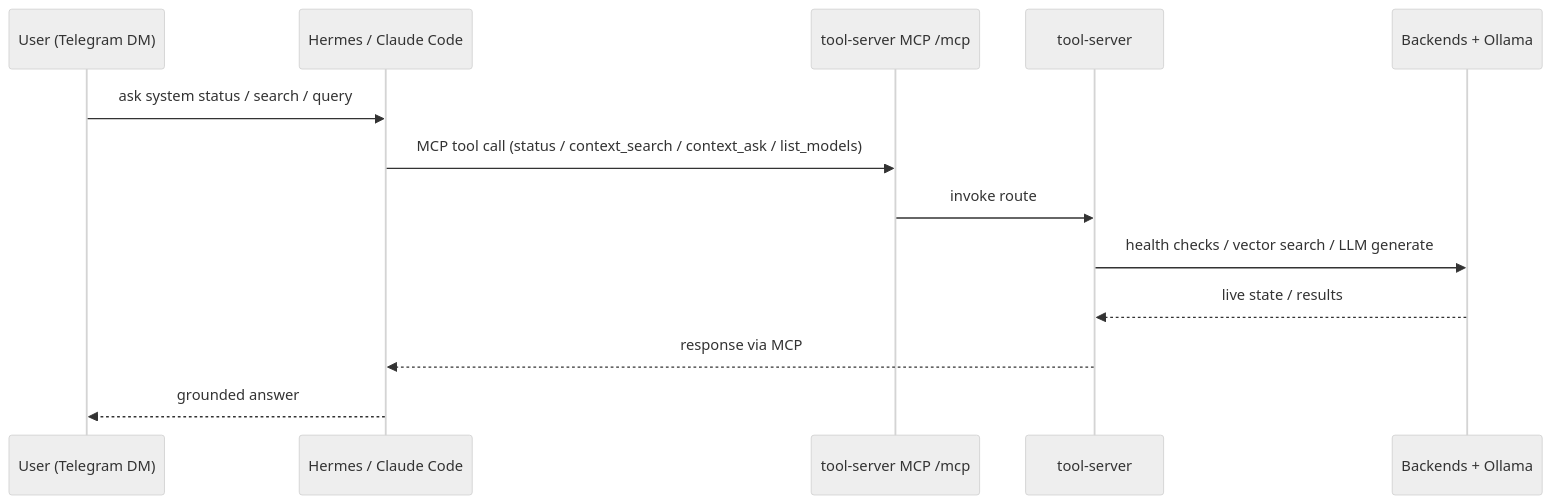
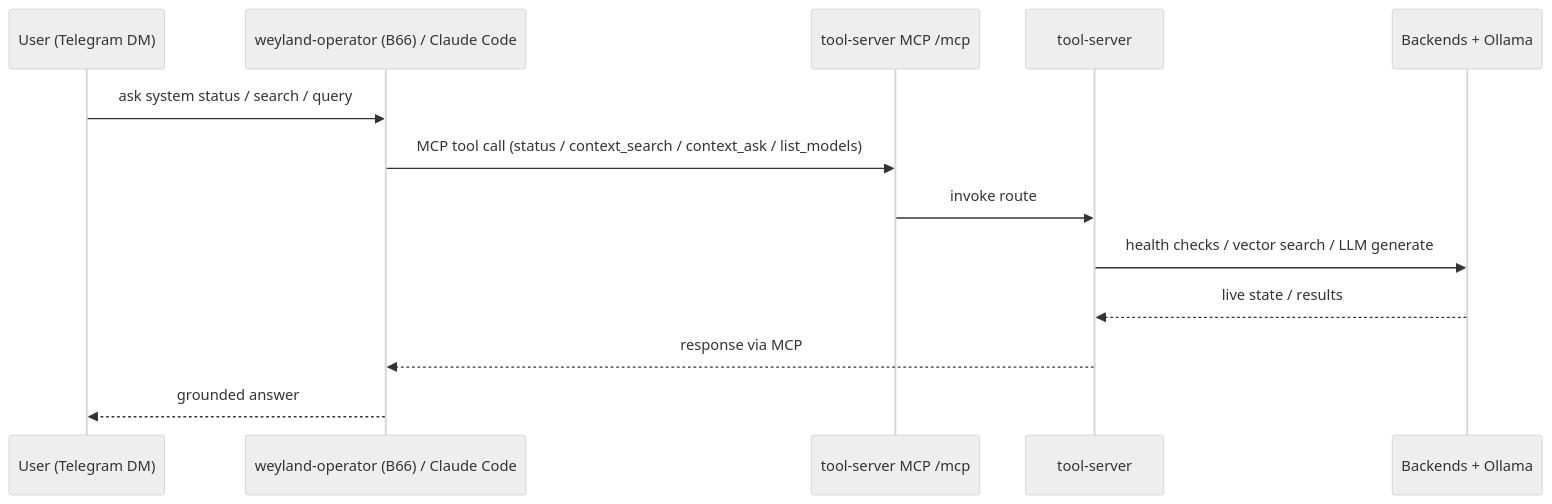
One commit to edtbl76/weyland-lab changed the diagram in docs/diagrams/flow-agent-mcp.md. Above: the diagram before and after it, drawn with Mermaid (neutral theme). The commit also changed other lines of this file and 14 other files, not shown here.

Commit message:
Route all LiteLLM hosted lanes through Bifrost for consistent provider egress, add per-VK attribution, and update diagrams and docs for new architecture.

````diff
--- a/docs/diagrams/flow-agent-mcp.md
+++ b/docs/diagrams/flow-agent-mcp.md
@@ -5,15 +6,15 @@
 ```mermaid
 sequenceDiagram
     participant U as User (Telegram DM)
-    participant H as Hermes / Claude Code
+    participant H as weyland-operator (B66) / Claude Code
     participant M as tool-server MCP /mcp
     participant T as tool-server
     participant B as Backends + Ollama
     U->>H: ask system status / search / query
     H->>M: MCP tool call (status / context_search / context_ask / list_models)
     M->>T: invoke route
     T->>B: health checks / vector search / LLM generate
     B-->>T: live state / results
     T-->>H: response via MCP
     H-->>U: grounded answer
 ```
````
